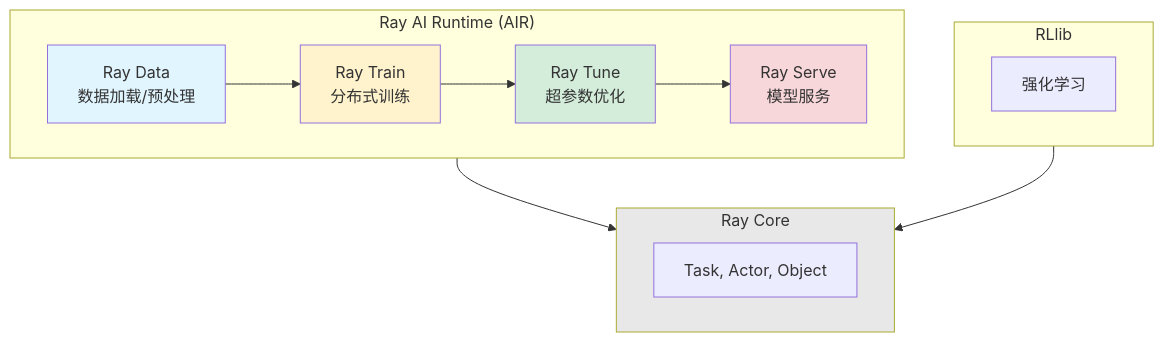
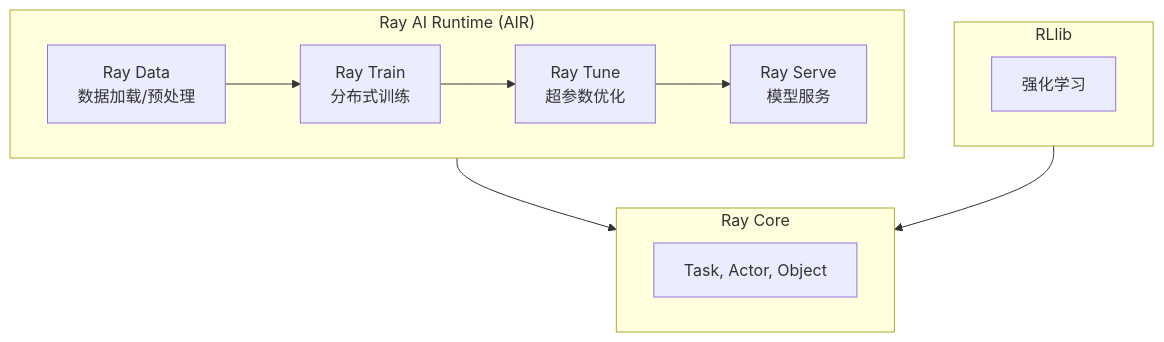
One commit to keyuanweb/ai-learning-path changed the first of 4 diagrams in ray-learning-path/05-AI库总览/01-生态全景.md. Above: the diagram before and after it, drawn with Mermaid. The commit also changed other lines of this file and 160 other files, not shown here.

First line of the commit message:
docs: replace ASCII flow diagrams with Mermaid across learning paths

````diff
--- a/ray-learning-path/05-AI库总览/01-生态全景.md
+++ b/ray-learning-path/05-AI库总览/01-生态全景.md
@@ -11,24 +11,18 @@
 ```mermaid
 graph TD
     subgraph AIR["Ray AI Runtime (AIR)"]
         Data["Ray Data<br/>数据加载/预处理"]
         Train["Ray Train<br/>分布式训练"]
         Tune["Ray Tune<br/>超参数优化"]
         Serve["Ray Serve<br/>模型服务"]
         Data --> Train --> Tune --> Serve
     end
     subgraph RL["RLlib"]
         RLlib["强化学习"]
     end
     subgraph Core["Ray Core"]
         TAO["Task, Actor, Object"]
     end
     AIR --> Core
     RL --> Core
-
-    style Data fill:#e1f5ff
-    style Train fill:#fff3cd
-    style Tune fill:#d4edda
-    style Serve fill:#f8d7da
-    style Core fill:#e8e8e8
 ```
````
